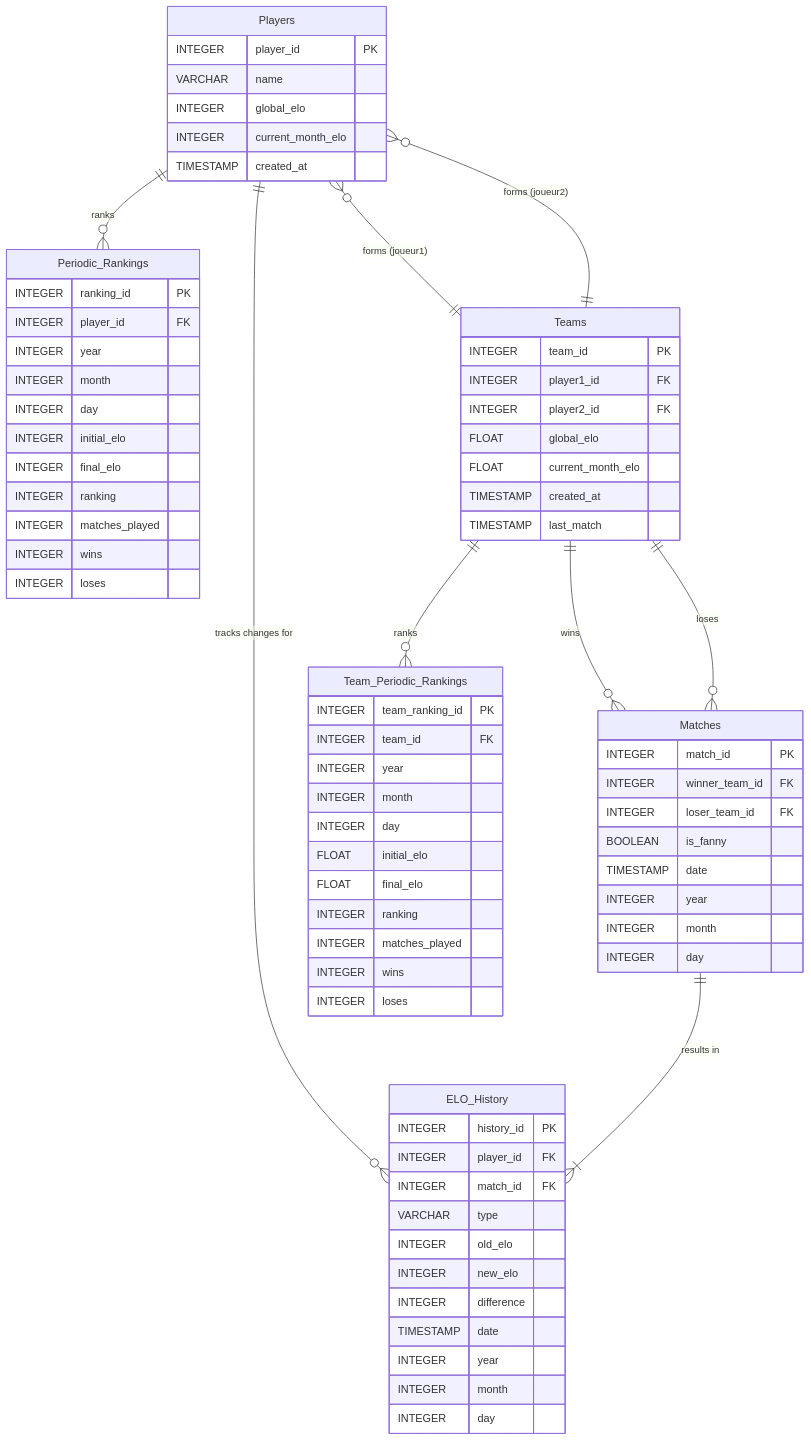
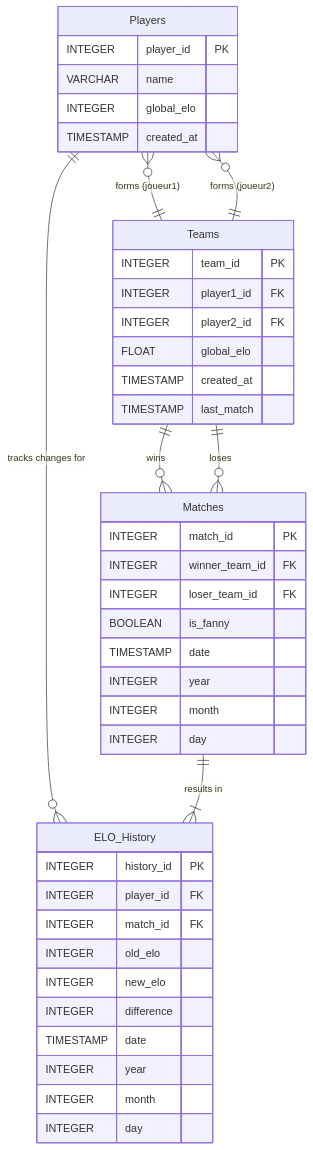
The diagram in docs/project.md (schalappe/baby_foot_elo), drawn with Mermaid before and after one commit. The commit also changed other lines of this file, not shown here.

Commit message:
refactor: remove periodic rankings and monthly ELO tracking from database schema

````diff
--- a/docs/project.md
+++ b/docs/project.md
@@ -141,13 +112,11 @@
 ```mermaid
 erDiagram
     Players ||--o{ ELO_History : "tracks changes for"
-    Players ||--o{ Periodic_Rankings : "ranks"
     Players }o--|| Teams : "forms (joueur1)"
     Players }o--|| Teams : "forms (joueur2)"
 
     Teams ||--o{ Matches : "wins"
     Teams ||--o{ Matches : "loses"
-    Teams ||--o{ Team_Periodic_Rankings : "ranks"
 
     Matches ||--|{ ELO_History : "results in"
 
@@ -155,7 +124,6 @@
         INTEGER player_id PK
         VARCHAR name
         INTEGER global_elo
-        INTEGER current_month_elo
         TIMESTAMP created_at
     }
 
@@ -164,7 +132,6 @@
         INTEGER player1_id FK
         INTEGER player2_id FK
         FLOAT global_elo
-        FLOAT current_month_elo
         TIMESTAMP created_at
         TIMESTAMP last_match
     }
@@ -184,7 +151,6 @@
         INTEGER history_id PK
         INTEGER player_id FK
         INTEGER match_id FK
-        VARCHAR type
         INTEGER old_elo
         INTEGER new_elo
         INTEGER difference
@@ -193,32 +159,4 @@
         INTEGER month
         INTEGER day
     }
-
-    Periodic_Rankings {
-        INTEGER ranking_id PK
-        INTEGER player_id FK
-        INTEGER year
-        INTEGER month
-        INTEGER day
-        INTEGER initial_elo
-        INTEGER final_elo
-        INTEGER ranking
-        INTEGER matches_played
-        INTEGER wins
-        INTEGER loses
-    }
-
-    Team_Periodic_Rankings {
-        INTEGER team_ranking_id PK
-        INTEGER team_id FK
-        INTEGER year
-        INTEGER month
-        INTEGER day
-        FLOAT initial_elo
-        FLOAT final_elo
-        INTEGER ranking
-        INTEGER matches_played
-        INTEGER wins
-        INTEGER loses
-    }
 ```
````
